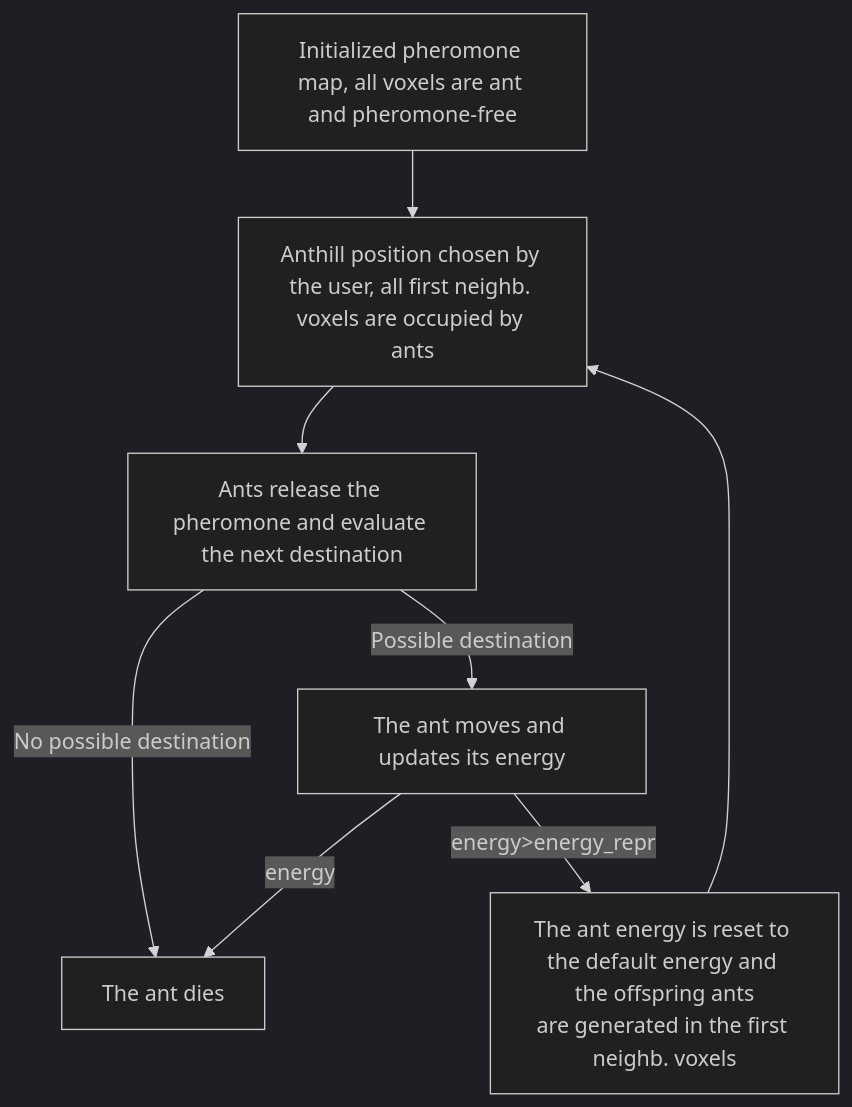
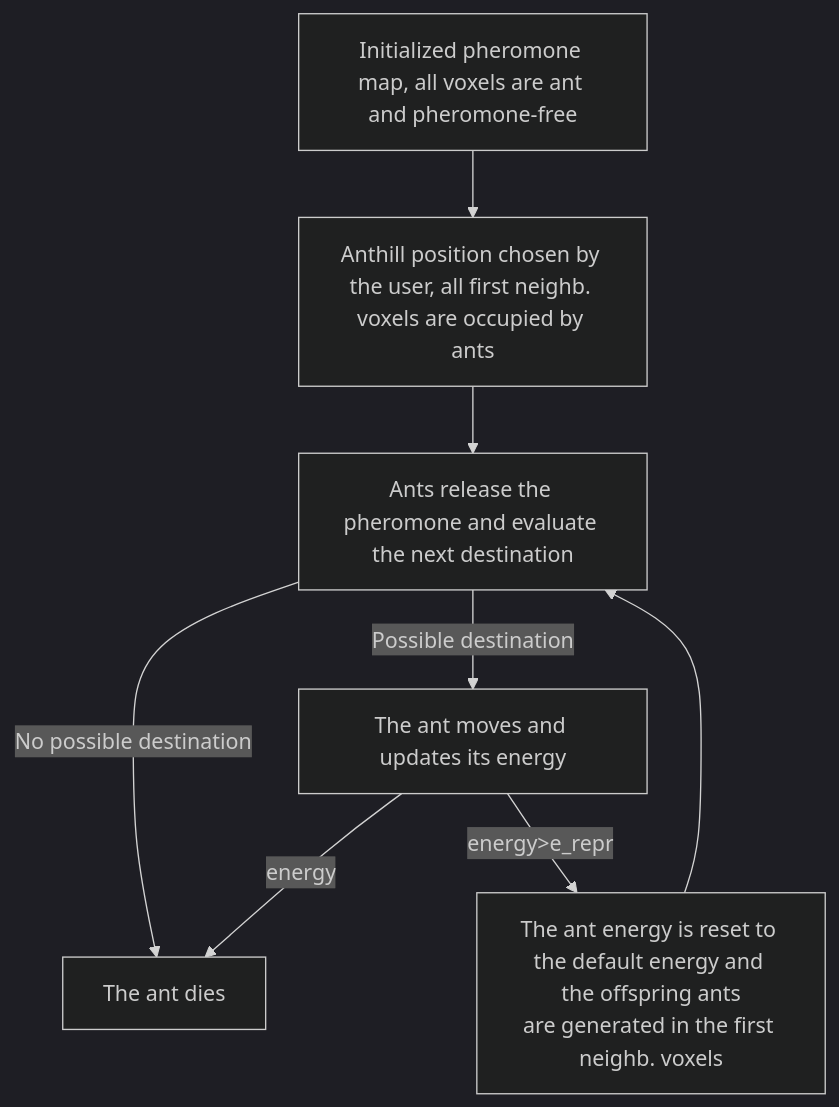
One commit to LorenzoPierfederici98/CAM_algorithm changed the diagram in README.md. Above: the diagram before and after it, drawn with Mermaid (dark theme).

````diff
--- a/README.md
+++ b/README.md
@@ -16,11 +16,11 @@
 ```mermaid
 graph TD;
     A[Initialized pheromone map, all voxels are ant and pheromone-free]-->B[Anthill position chosen by the user, all first neighb. voxels are occupied by ants];
     B-->C[Ants release the pheromone and evaluate the next destination];
     C-->|No possible destination| D[The ant dies];
     C-->|Possible destination| E[The ant moves and updates its energy];
-    E-->|energy<energy_death| D
-    E-->|energy>energy_repr| F[The ant energy is reset to the default energy and the offspring ants
+    E-->|energy<e_death| D
+    E-->|energy>e_repr| F[The ant energy is reset to the default energy and the offspring ants
 are generated in the first neighb. voxels]
-    F-->B
+    F-->C
 ```
````
